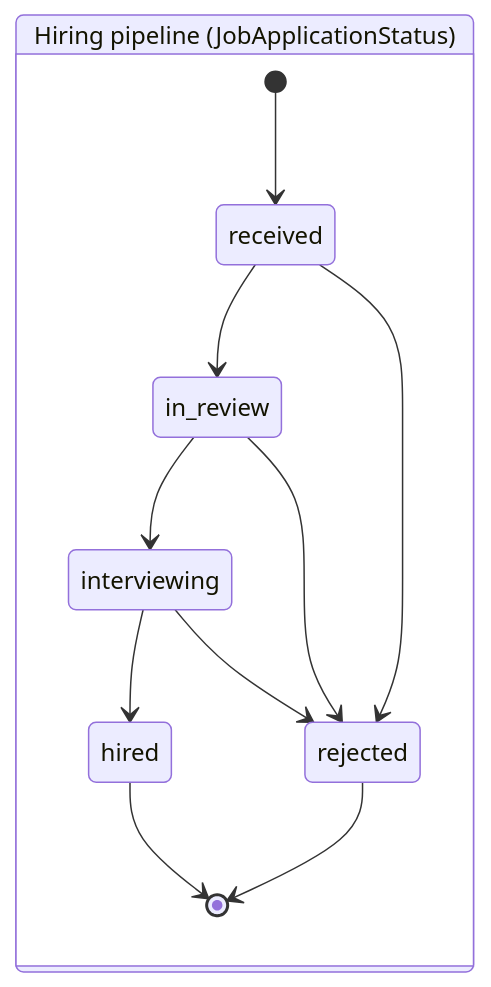
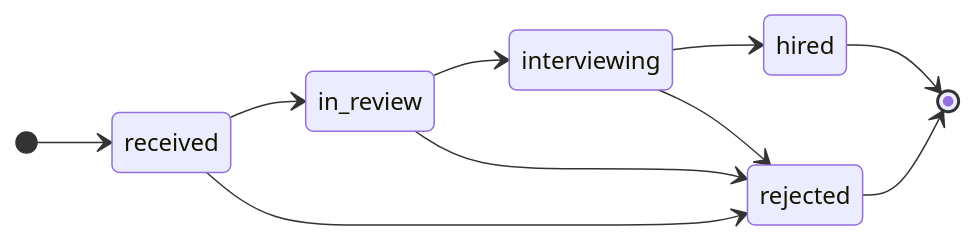
One commit to manuelarandait/ats-poc changed the second of 3 diagrams in docs/ARCHITECTURE.md. Above: the diagram before and after it, drawn with Mermaid. The commit also changed other lines of this file and 5 other files, not shown here.

First line of the commit message:
docs: cut the architecture document to its essentials

````diff
--- a/docs/ARCHITECTURE.md
+++ b/docs/ARCHITECTURE.md
@@ -197,15 +65,13 @@
 ```mermaid
 stateDiagram-v2
     direction LR
-    state "Hiring pipeline (JobApplicationStatus)" as hiring {
-        [*] --> received
-        received --> in_review
-        in_review --> interviewing
-        interviewing --> hired
-        received --> rejected
-        in_review --> rejected
-        interviewing --> rejected
-        hired --> [*]
-        rejected --> [*]
-    }
+    [*] --> received
+    received --> in_review
+    in_review --> interviewing
+    interviewing --> hired
+    received --> rejected
+    in_review --> rejected
+    interviewing --> rejected
+    hired --> [*]
+    rejected --> [*]
 ```
````
